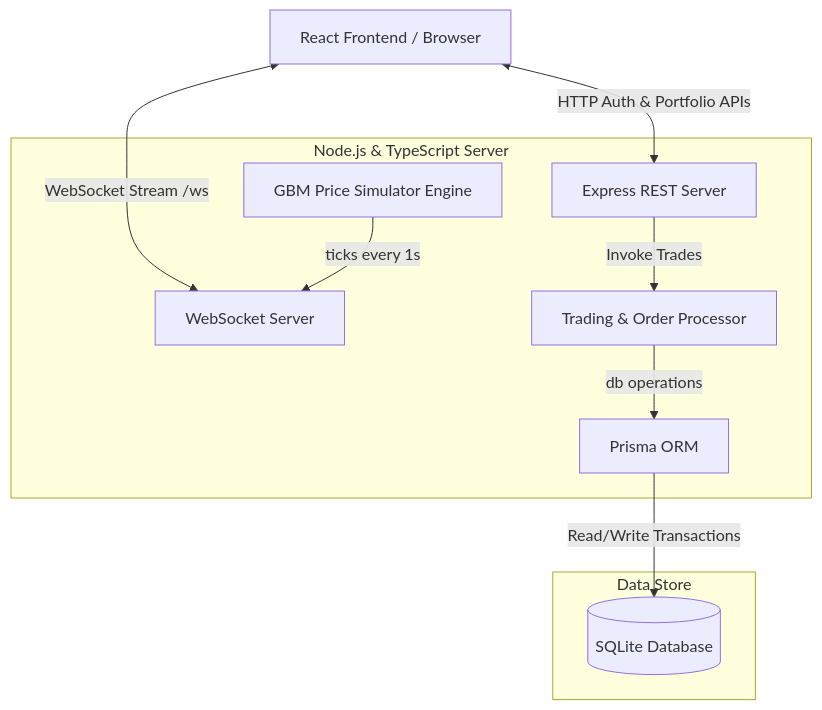
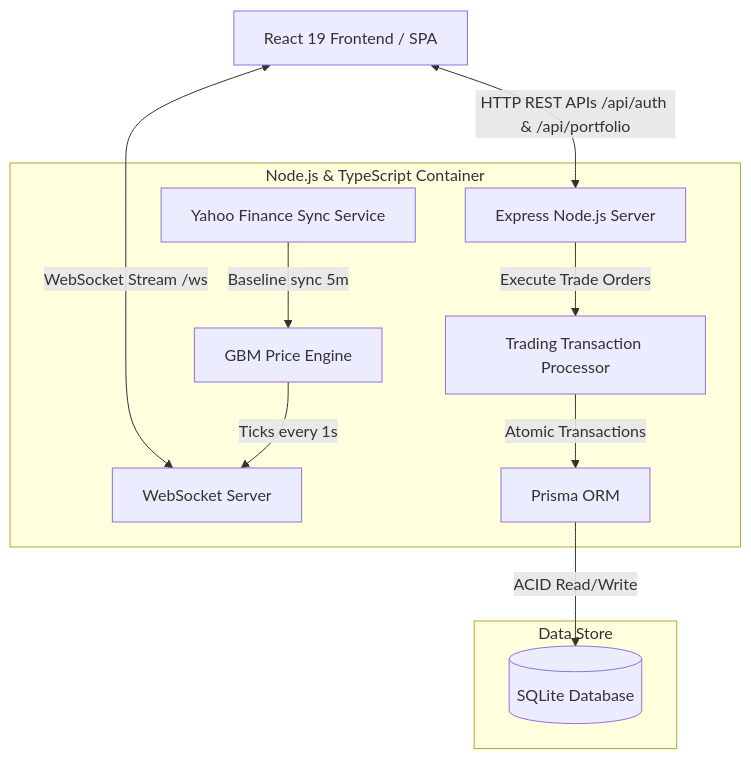
One commit to Krish2600/quantflow changed the diagram in README.md. Above: the diagram before and after it, drawn with Mermaid. The commit also changed other lines of this file, not shown here.

````diff
--- a/README.md
+++ b/README.md
@@ -32,18 +73,19 @@
 ```mermaid
 graph TD
-    Client[React Frontend / Browser] <-->|HTTP Auth & Portfolio APIs| Server[Express REST Server]
+    Client[React 19 Frontend / SPA] <-->|HTTP REST APIs /api/auth & /api/portfolio| Server[Express Node.js Server]
     Client <-->|WebSocket Stream /ws| WSS[WebSocket Server]
-    
-    subgraph Backend Engine [Node.js & TypeScript Server]
+
+    subgraph Backend Engine [Node.js & TypeScript Container]
         Server
         WSS
-        MarketSim[GBM Price Simulator Engine] -->|ticks every 1s| WSS
-        TradingEngine[Trading & Order Processor] -->|db operations| Prisma[Prisma ORM]
+        YahooSync[Yahoo Finance Sync Service] -->|Baseline sync 5m| MarketSim
+        MarketSim[GBM Price Engine] -->|Ticks every 1s| WSS
+        TradingEngine[Trading Transaction Processor] -->|Atomic Transactions| Prisma[Prisma ORM]
     end
-    
+
     subgraph Data Store
-        Prisma -->|Read/Write Transactions| DB[(SQLite Database)]
+        Prisma -->|ACID Read/Write| DB[(SQLite Database)]
     end
-    
-    Server -->|Invoke Trades| TradingEngine
+
+    Server -->|Execute Trade Orders| TradingEngine
 ```
````
